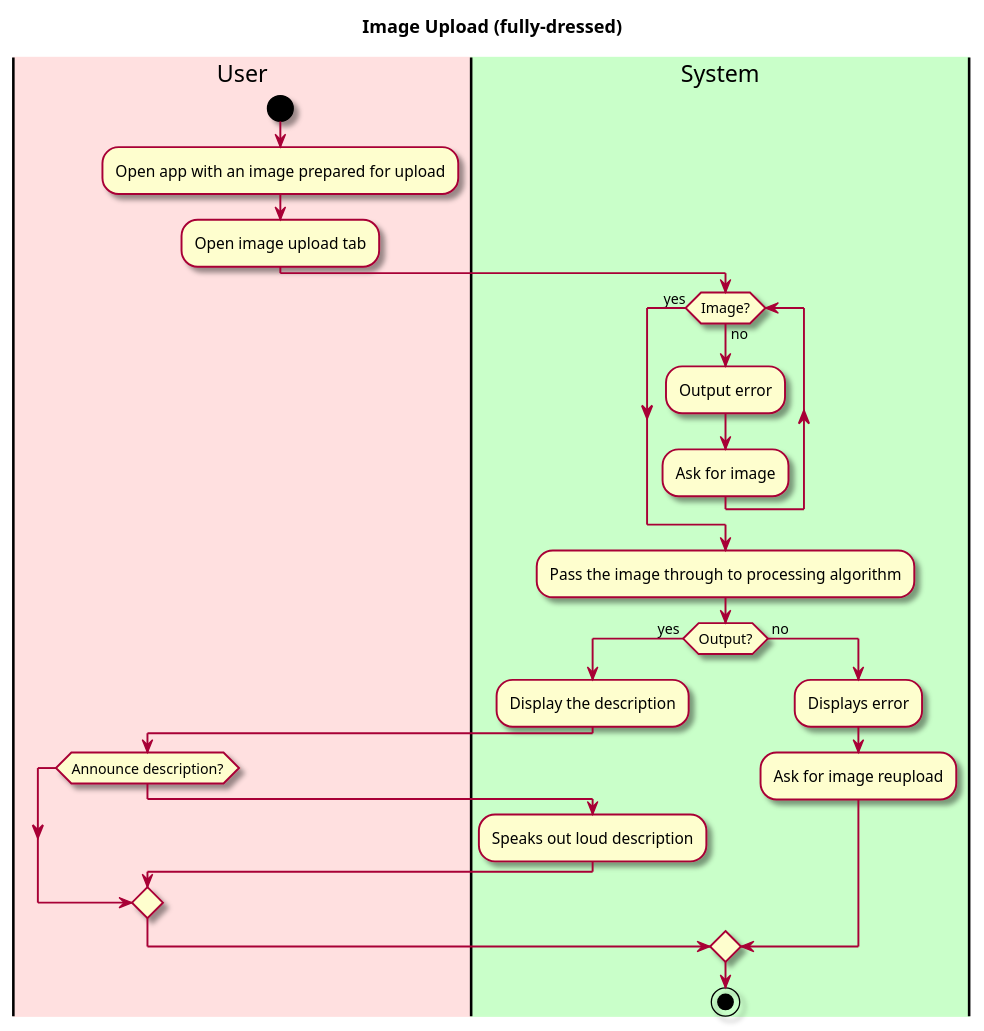
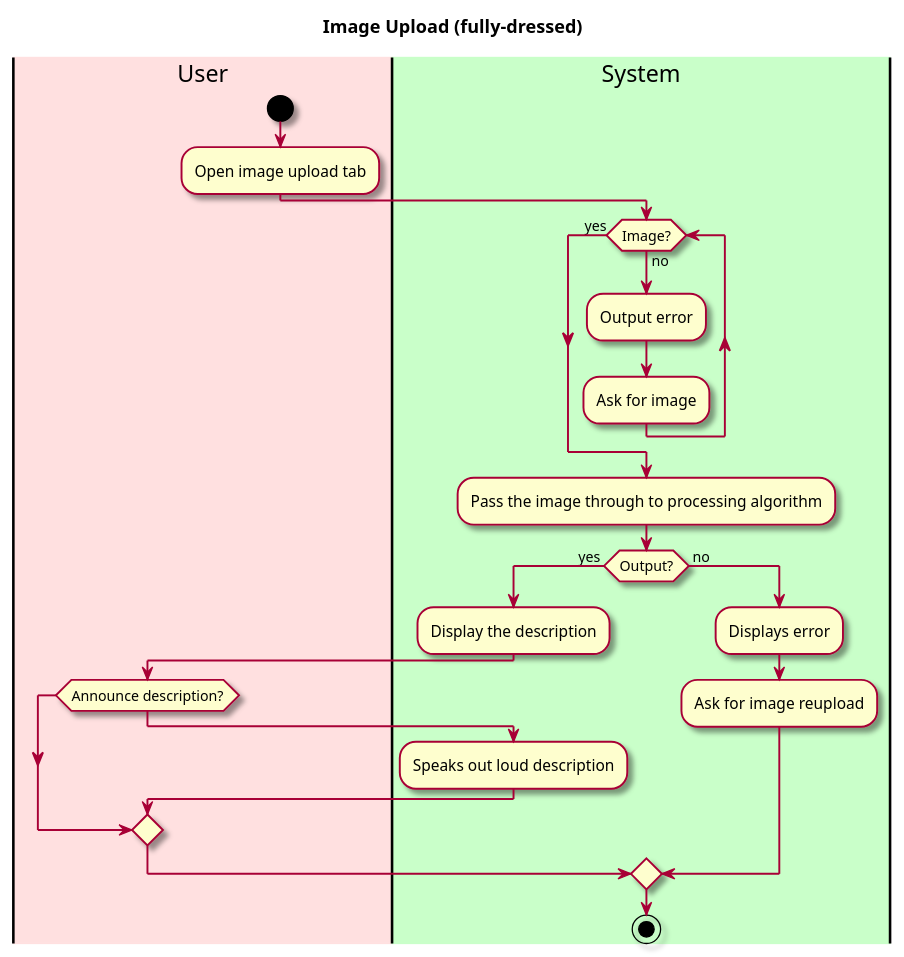
Before and after one commit to tonyh1306/OBRE-Vision-through-a-screen: the diagram in intellij/doc/use-cases/process-image.md, drawn with PlantUML. The commit also changed other lines of this file and 3 other files, not shown here.

Commit message:
Adds preconditions of app open and running

````diff
--- a/intellij/doc/use-cases/process-image.md
+++ b/intellij/doc/use-cases/process-image.md
@@ -28,38 +29,37 @@
 ```plantuml
 @startuml
 
 skin rose
 
 title Image Upload (fully-dressed)
 
 'define the lanes
 |#implementation|User|
 |#technology|System|
 
 |User|
 start
-:Open app with an image prepared for upload;
 :Open image upload tab;
 
 |System|
 while (Image?) is (no) 
   :Output error;
   :Ask for image;  
 endwhile(yes)
 
 :Pass the image through to processing algorithm;
 if (Output?) is ( yes ) then
     :Display the description;
     
     |User|
     if (Announce description?) then
     |System|
     :Speaks out loud description;
     endif
 else ( no )
 :Displays error;
 :Ask for image reupload;
 endif
 stop
 @enduml
 ```
````
